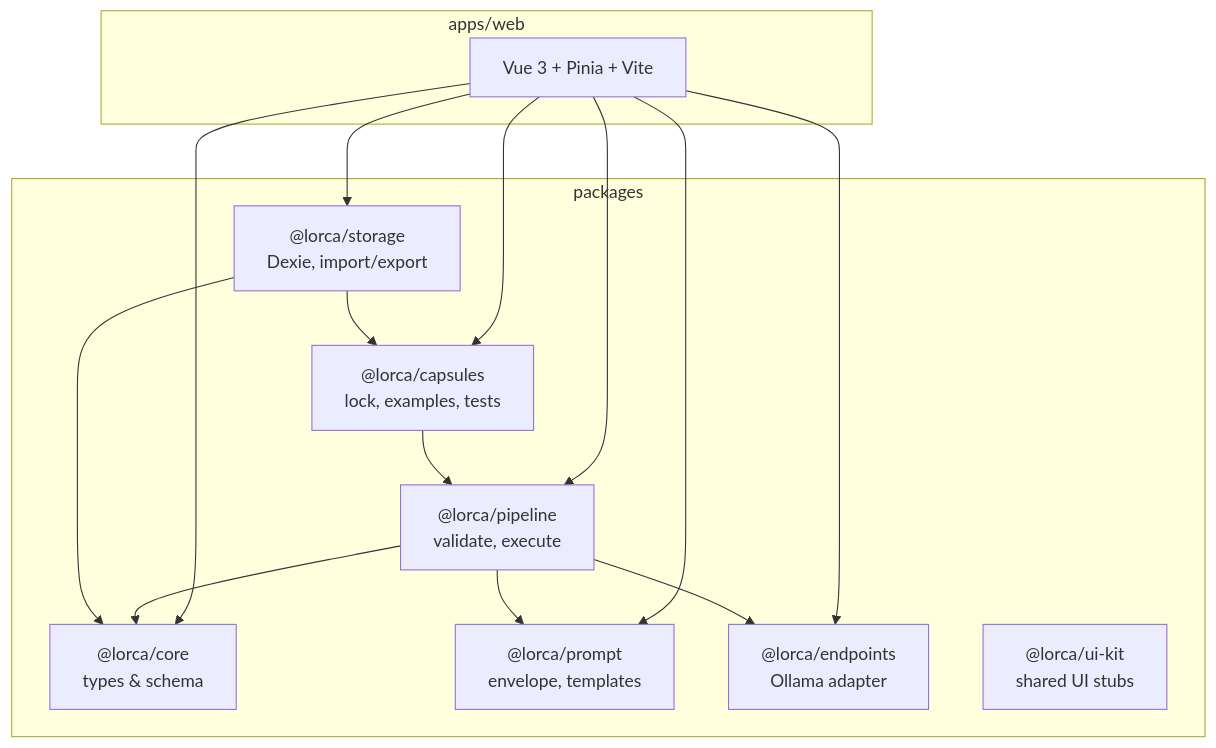
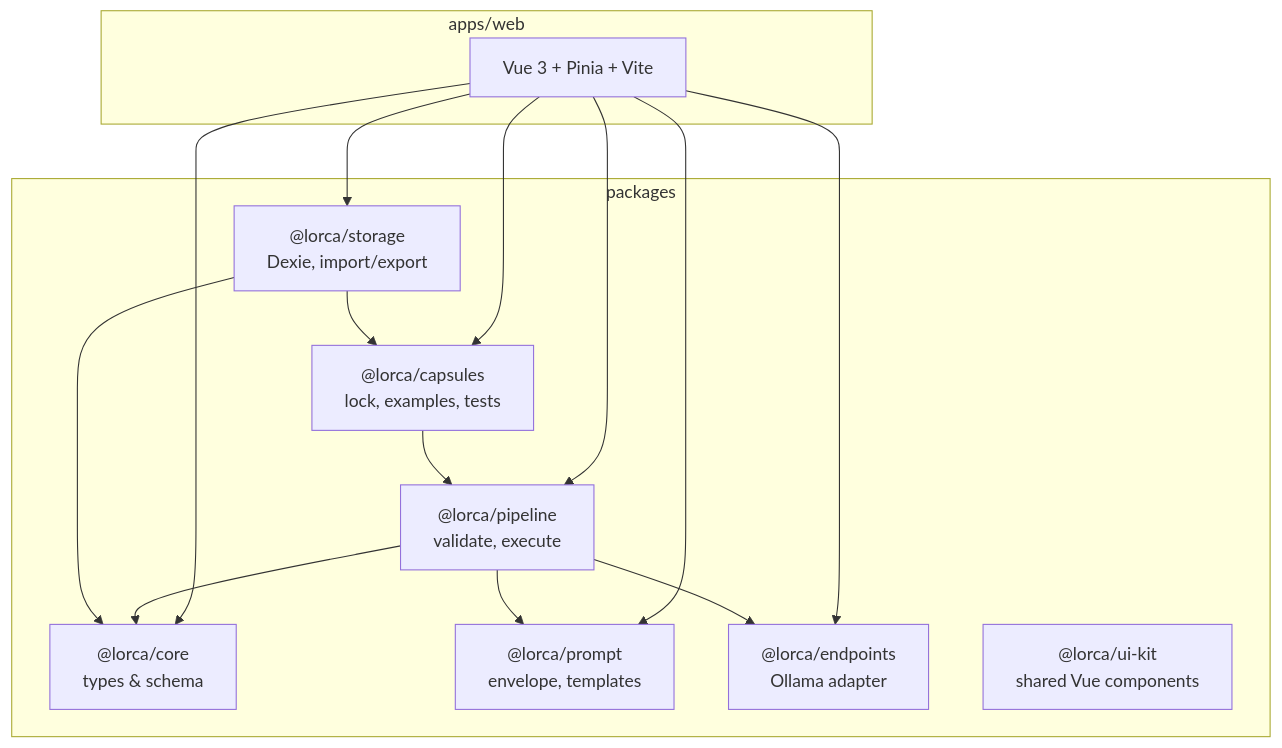
One commit to ctrl-escp/lorca changed the diagram in README.md. Above: the diagram before and after it, drawn with Mermaid. The commit also changed other lines of this file and 39 other files, not shown here.

````diff
--- a/README.md
+++ b/README.md
@@ -136,29 +136,29 @@
 ```mermaid
 flowchart TB
   subgraph ui ["apps/web"]
     Vue[Vue 3 + Pinia + Vite]
   end
 
   subgraph runtime ["packages"]
     Core["@lorca/core<br/>types & schema"]
     Prompt["@lorca/prompt<br/>envelope, templates"]
     Endpoints["@lorca/endpoints<br/>Ollama adapter"]
     Pipeline["@lorca/pipeline<br/>validate, execute"]
     Capsules["@lorca/capsules<br/>lock, examples, tests"]
     Storage["@lorca/storage<br/>Dexie, import/export"]
-    UIKit["@lorca/ui-kit<br/>shared UI stubs"]
+    UIKit["@lorca/ui-kit<br/>shared Vue components"]
   end
 
   Vue --> Core
   Vue --> Prompt
   Vue --> Endpoints
   Vue --> Pipeline
   Vue --> Capsules
   Vue --> Storage
   Pipeline --> Core
   Pipeline --> Prompt
   Pipeline --> Endpoints
   Capsules --> Pipeline
   Storage --> Core
   Storage --> Capsules
 ```
````
